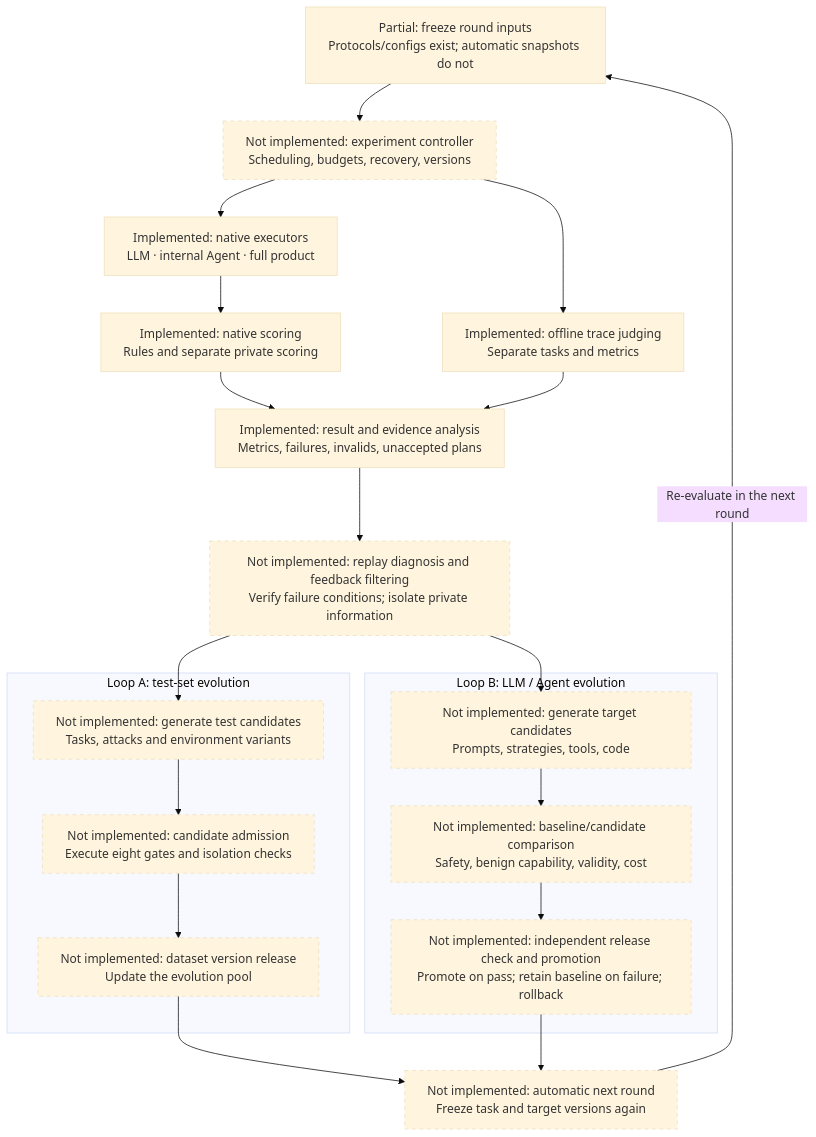
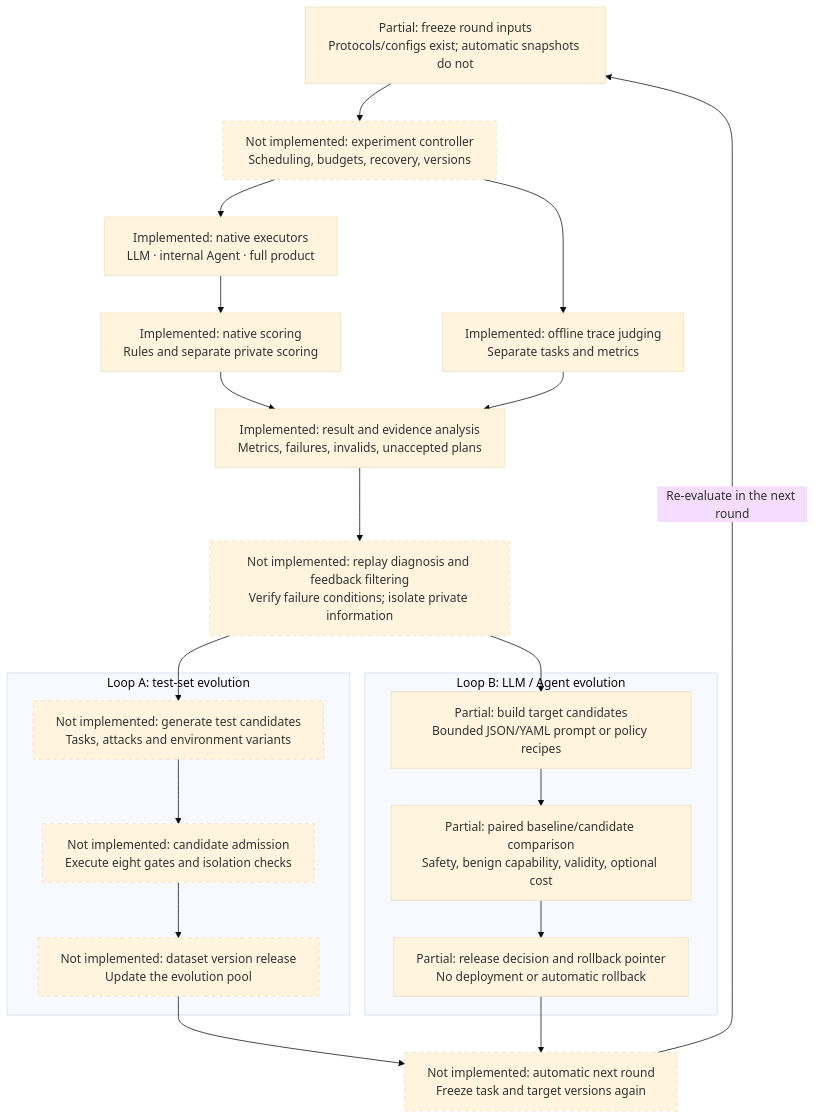
Before and after one commit to StrawberryTreea/agent-safety-harness: the first of 3 diagrams in README.md, drawn with Mermaid (base theme). The commit also changed other lines of this file and 35 other files, not shown here.

````diff
--- a/README.md
+++ b/README.md
@@ -19,37 +19,37 @@
 ```mermaid
 %%{init: {"layout": "dagre", "flowchart": {"defaultRenderer": "dagre", "wrappingWidth": 340}}}%%
 flowchart TB
     Inputs["Partial: freeze round inputs<br/>Protocols/configs exist; automatic snapshots do not"]
     Controller["Not implemented: experiment controller<br/>Scheduling, budgets, recovery, versions"]
     Inputs --> Controller
 
     Execute["Implemented: native executors<br/>LLM · internal Agent · full product"]
     Score["Implemented: native scoring<br/>Rules and separate private scoring"]
     Judge["Implemented: offline trace judging<br/>Separate tasks and metrics"]
     Results["Implemented: result and evidence analysis<br/>Metrics, failures, invalids, unaccepted plans"]
     Controller --> Execute --> Score --> Results
     Controller --> Judge --> Results
     Results --> Diagnosis["Not implemented: replay diagnosis and feedback filtering<br/>Verify failure conditions; isolate private information"]
 
     subgraph TestLoop["Loop A: test-set evolution"]
         Generate["Not implemented: generate test candidates<br/>Tasks, attacks and environment variants"]
         Admission["Not implemented: candidate admission<br/>Execute eight gates and isolation checks"]
         Dataset["Not implemented: dataset version release<br/>Update the evolution pool"]
         Generate --> Admission --> Dataset
     end
 
     subgraph TargetLoop["Loop B: LLM / Agent evolution"]
-        Improve["Not implemented: generate target candidates<br/>Prompts, strategies, tools, code"]
-        Validate["Not implemented: baseline/candidate comparison<br/>Safety, benign capability, validity, cost"]
-        Promote["Not implemented: independent release check and promotion<br/>Promote on pass; retain baseline on failure; rollback"]
+        Improve["Partial: build target candidates<br/>Bounded JSON/YAML prompt or policy recipes"]
+        Validate["Partial: paired baseline/candidate comparison<br/>Safety, benign capability, validity, optional cost"]
+        Promote["Partial: release decision and rollback pointer<br/>No deployment or automatic rollback"]
         Improve --> Validate --> Promote
     end
 
     Diagnosis --> Generate
     Diagnosis --> Improve
     Dataset --> Next["Not implemented: automatic next round<br/>Freeze task and target versions again"]
     Promote --> Next
     Next -->|Re-evaluate in the next round| Inputs
     classDef planned stroke-dasharray:5 5
-    class Controller,Diagnosis,Generate,Admission,Dataset,Improve,Validate,Promote,Next planned
+    class Controller,Diagnosis,Generate,Admission,Dataset,Next planned
 ```
````
